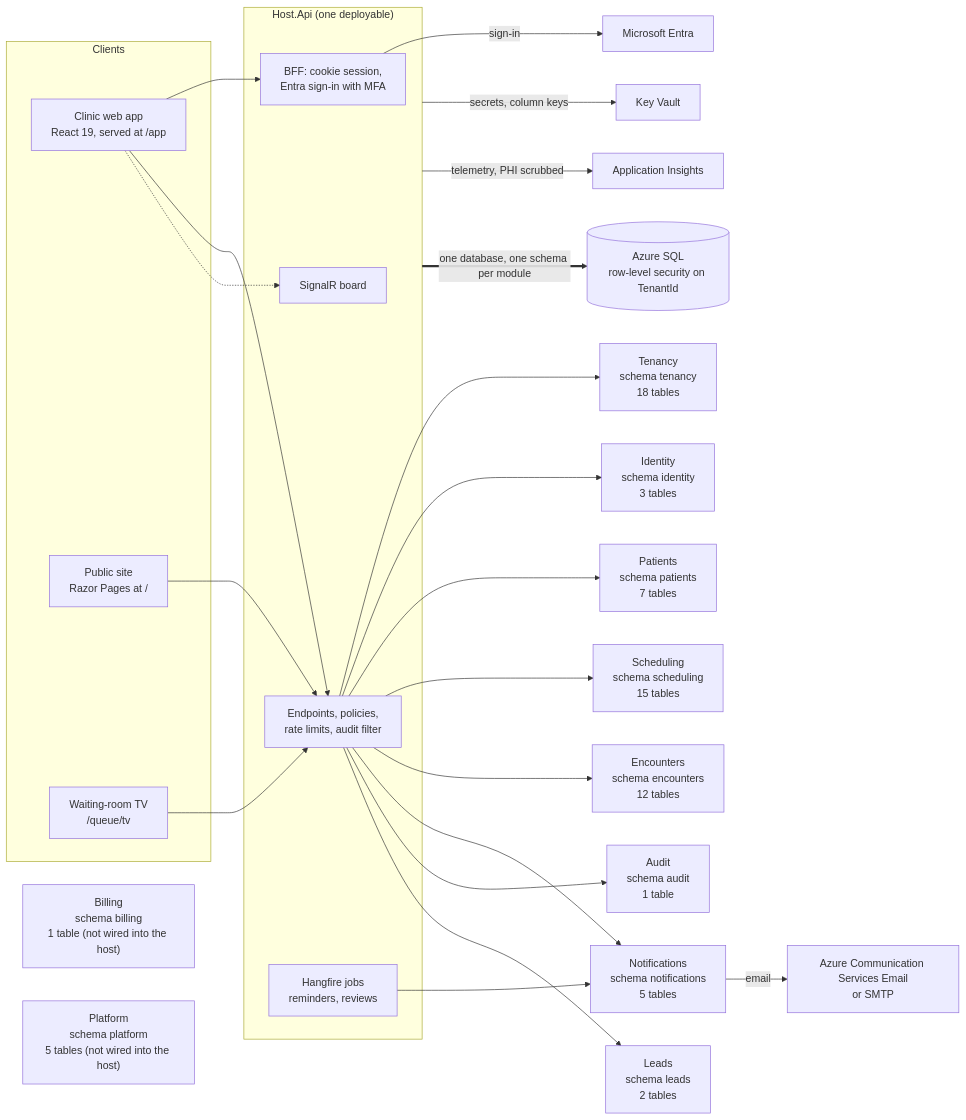
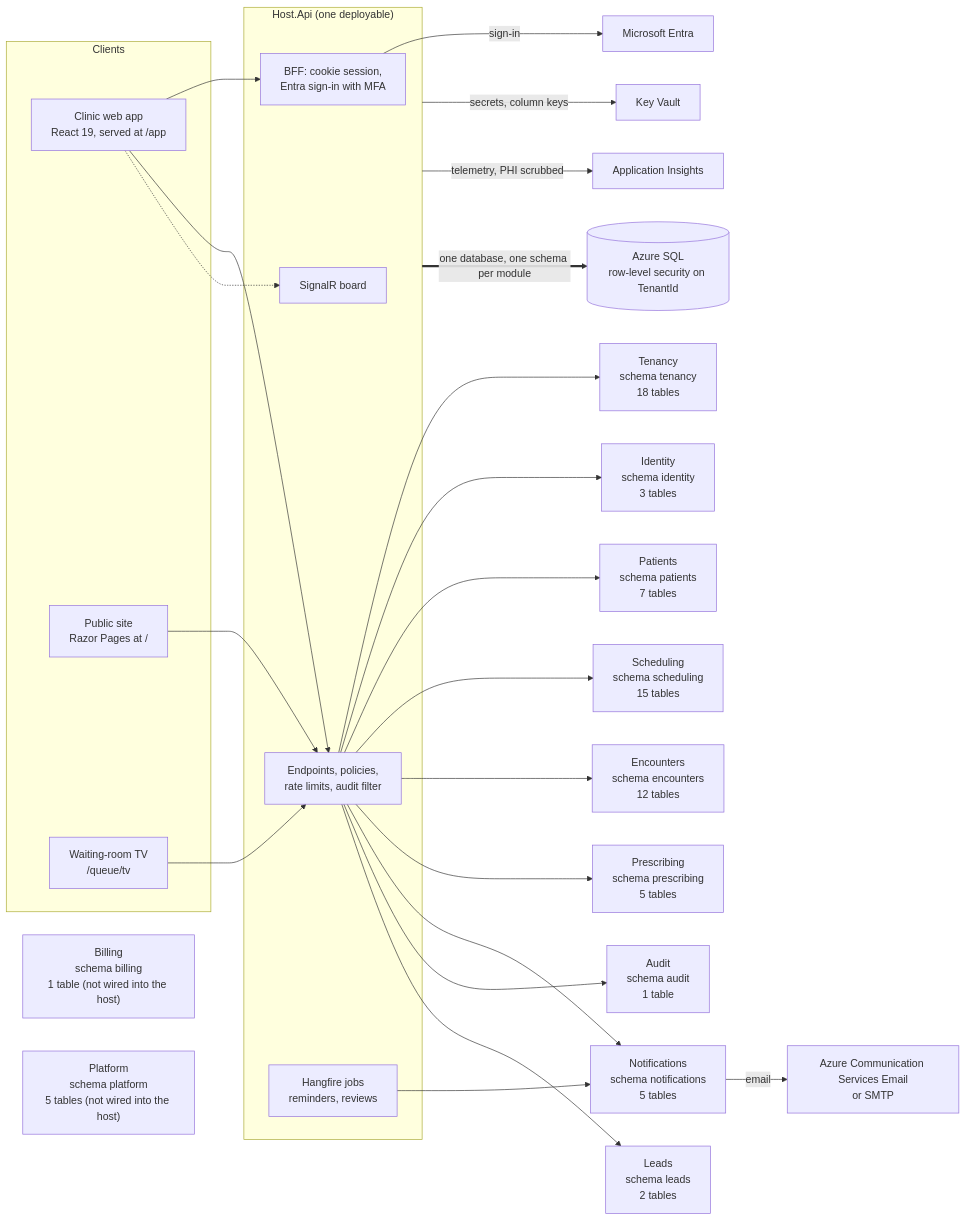
Before and after one commit to ALFRED-LUCIFER/medvya: the first of 14 diagrams in docs/03-architecture/erd.md, drawn with Mermaid. The commit also changed other lines of this file and 98 other files, not shown here.

````diff
--- a/docs/03-architecture/erd.md
+++ b/docs/03-architecture/erd.md
@@ -15,35 +15,36 @@
 ```mermaid
 flowchart LR
   subgraph Clients
     web["Clinic web app<br/>React 19, served at /app"]
     site["Public site<br/>Razor Pages at /"]
     tv["Waiting-room TV<br/>/queue/tv"]
   end
   subgraph Host["Host.Api (one deployable)"]
     bff["BFF: cookie session,<br/>Entra sign-in with MFA"]
     api["Endpoints, policies,<br/>rate limits, audit filter"]
     hub["SignalR board"]
     jobs["Hangfire jobs<br/>reminders, reviews"]
   end
   web --> bff
   web --> api
   web -.-> hub
   tv --> api
   site --> api
   api --> Tenancy["Tenancy<br/>schema tenancy<br/>18 tables"]
   api --> Identity["Identity<br/>schema identity<br/>3 tables"]
   api --> Patients["Patients<br/>schema patients<br/>7 tables"]
   api --> Scheduling["Scheduling<br/>schema scheduling<br/>15 tables"]
   api --> Encounters["Encounters<br/>schema encounters<br/>12 tables"]
+  api --> Prescribing["Prescribing<br/>schema prescribing<br/>5 tables"]
   api --> Notifications["Notifications<br/>schema notifications<br/>5 tables"]
   api --> Audit["Audit<br/>schema audit<br/>1 table"]
   api --> Leads["Leads<br/>schema leads<br/>2 tables"]
   Billing["Billing<br/>schema billing<br/>1 table (not wired into the host)"]
   Platform["Platform<br/>schema platform<br/>5 tables (not wired into the host)"]
   jobs --> Notifications
   bff -->|"sign-in"| entra["Microsoft Entra"]
   Notifications -->|"email"| mail["Azure Communication Services Email<br/>or SMTP"]
   Host -->|"secrets, column keys"| kv["Key Vault"]
   Host -->|"telemetry, PHI scrubbed"| ai["Application Insights"]
   Host ==>|"one database, one schema per module"| sql[("Azure SQL<br/>row-level security on TenantId")]
 ```
````
